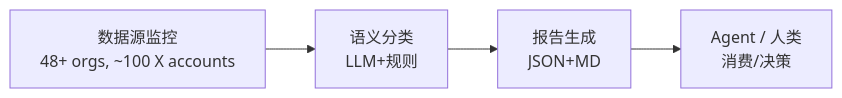
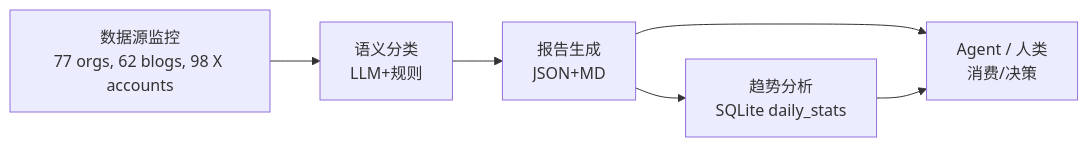
One commit to liuxiaotong/ai-dataset-radar changed the diagram in README.md. Above: the diagram before and after it, drawn with Mermaid. The commit also changed other lines of this file, not shown here.

````diff
--- a/README.md
+++ b/README.md
@@ -31,6 +31,8 @@
 ```mermaid
 graph LR
-    A["数据源监控<br/>48+ orgs, ~100 X accounts"] --> B["语义分类<br/>LLM+规则"]
+    A["数据源监控<br/>77 orgs, 62 blogs, 98 X accounts"] --> B["语义分类<br/>LLM+规则"]
     B --> C["报告生成<br/>JSON+MD"]
     C --> D["Agent / 人类<br/>消费/决策"]
+    C --> E["趋势分析<br/>SQLite daily_stats"]
+    E --> D
 ```
````
